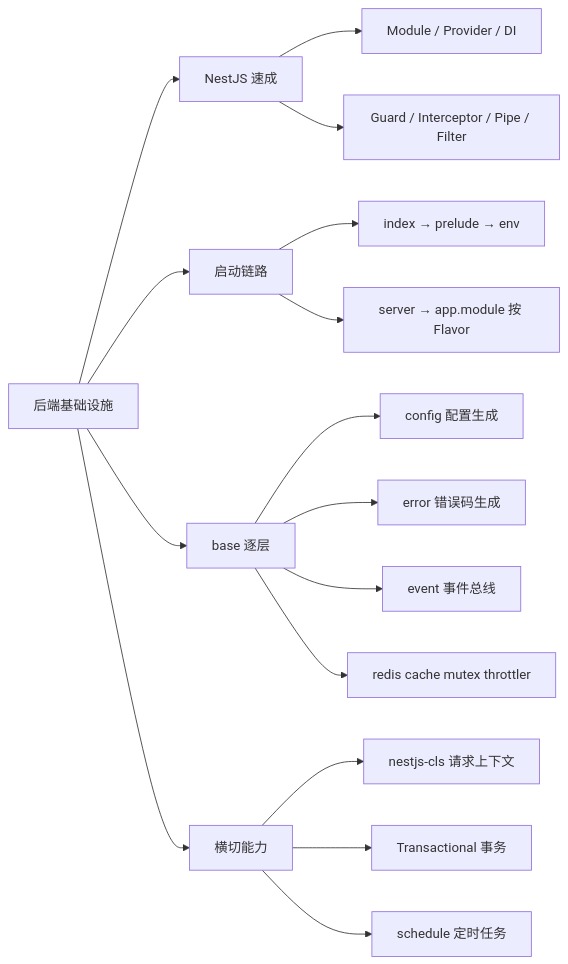
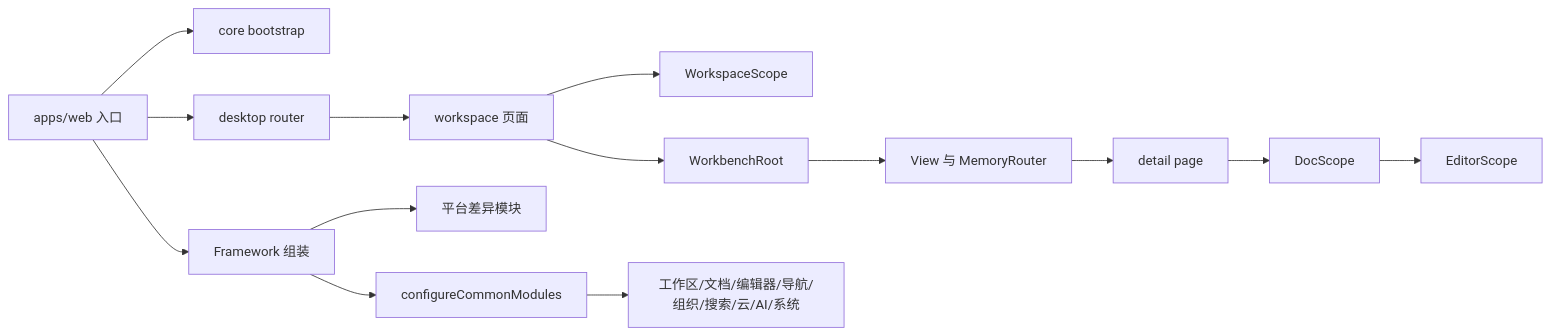
The first of 7 diagrams in learning-guide/slides/decks/21.md (lfire/AFFiNE), drawn with Mermaid before and after one commit. The commit also changed other lines of this file and 73 other files, not shown here.

````diff
--- a/learning-guide/slides/decks/21.md
+++ b/learning-guide/slides/decks/21.md
@@ -33,18 +33,16 @@
 ```mermaid
 flowchart LR
-  ROOT["后端基础设施"] --> N["NestJS 速成"]
-  ROOT --> B["启动链路"]
-  ROOT --> BASE["base 逐层"]
-  ROOT --> X["横切能力"]
-  N --> N1["Module / Provider / DI"]
-  N --> N2["Guard / Interceptor / Pipe / Filter"]
-  B --> B1["index → prelude → env"]
-  B --> B2["server → app.module 按 Flavor"]
-  BASE --> BA1["config 配置生成"]
-  BASE --> BA2["error 错误码生成"]
-  BASE --> BA3["event 事件总线"]
-  BASE --> BA4["redis cache mutex throttler"]
-  X --> X1["nestjs-cls 请求上下文"]
-  X --> X2["Transactional 事务"]
-  X --> X3["schedule 定时任务"]
+  Entry["apps/web 入口"] --> Boot["core bootstrap"]
+  Entry --> Assemble["Framework 组装"]
+  Assemble --> Common["configureCommonModules"]
+  Assemble --> Platform["平台差异模块"]
+  Entry --> Router["desktop router"]
+  Router --> WSPage["workspace 页面"]
+  WSPage --> WS["WorkspaceScope"]
+  WSPage --> WB["WorkbenchRoot"]
+  WB --> View["View 与 MemoryRouter"]
+  View --> Detail["detail page"]
+  Detail --> DocS["DocScope"]
+  DocS --> EdS["EditorScope"]
+  Common --> Domains["工作区/文档/编辑器/导航/组织/搜索/云/AI/系统"]
 ```
````
